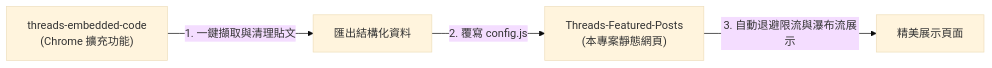
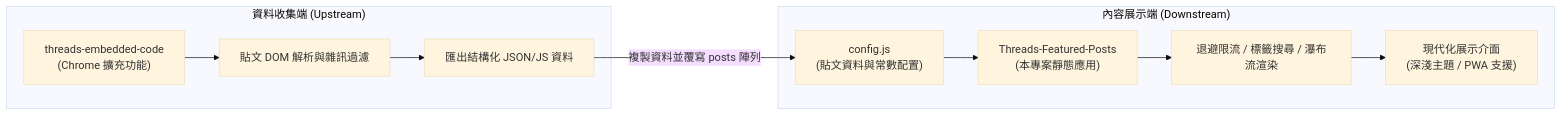
The first of 3 diagrams in README.md (Scorpio-meow/Threads-Featured-Posts), drawn with Mermaid (base theme) before and after one commit. The commit also changed other lines of this file and 2 other files, not shown here.

````diff
--- a/README.md
+++ b/README.md
@@ -13,6 +13,19 @@
 ```mermaid
 flowchart LR
-    Collector["threads-embedded-code\n(Chrome 擴充功能)"] -- "1. 一鍵擷取與清理貼文" --> Export["匯出結構化資料"]
-    Export -- "2. 覆寫 config.js" --> Viewer["Threads-Featured-Posts\n(本專案靜態網頁)"]
-    Viewer -- "3. 自動退避限流與瀑布流展示" --> UI["精美展示頁面"]
+    subgraph Upstream ["資料收集端 (Upstream)"]
+        Collector["threads-embedded-code\n(Chrome 擴充功能)"]
+        Parser["貼文 DOM 解析與雜訊過濾"]
+        Export["匯出結構化 JSON/JS 資料"]
+        Collector --> Parser --> Export
+    end
+
+    subgraph Downstream ["內容展示端 (Downstream)"]
+        Config["config.js\n(貼文資料與常數配置)"]
+        Viewer["Threads-Featured-Posts\n(本專案靜態應用)"]
+        Engine["退避限流 / 標籤搜尋 / 瀑布流渲染"]
+        UI["現代化展示介面\n(深淺主題 / PWA 支援)"]
+        Config --> Viewer --> Engine --> UI
+    end
+
+    Export -- "複製資料並覆寫 posts 陣列" --> Config
 ```
````
